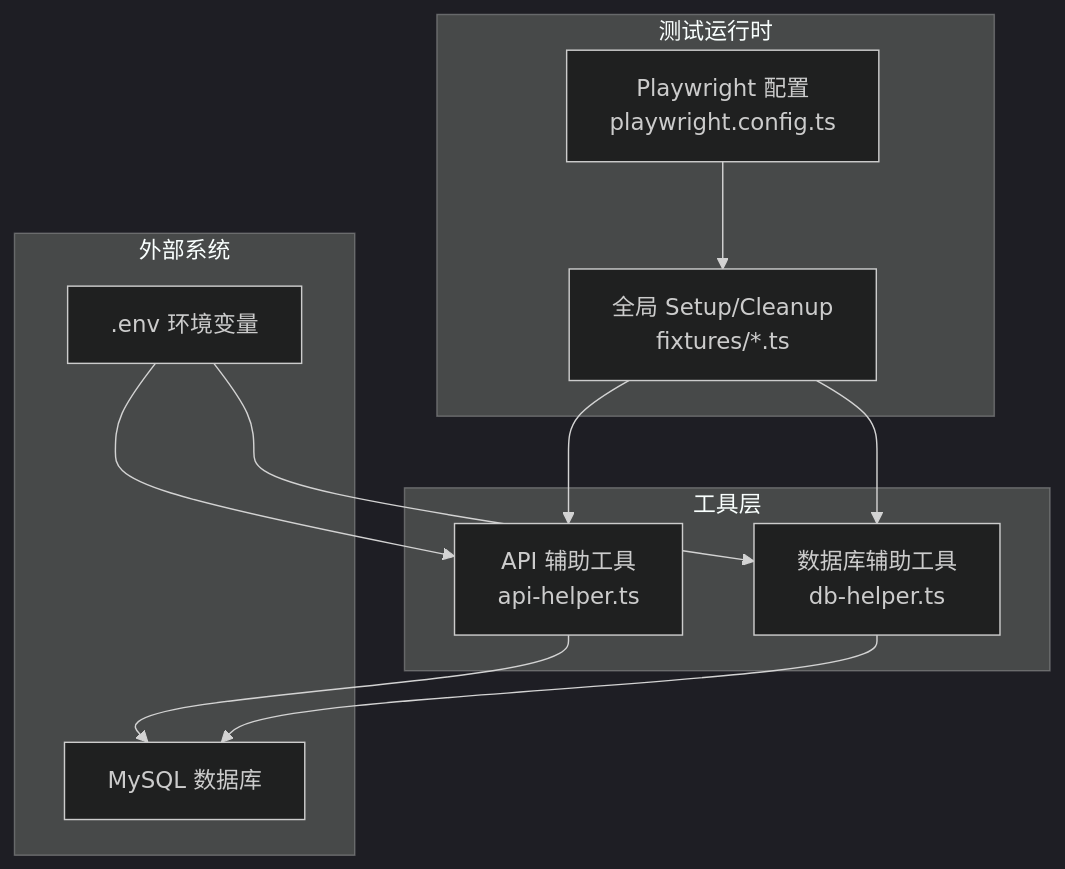
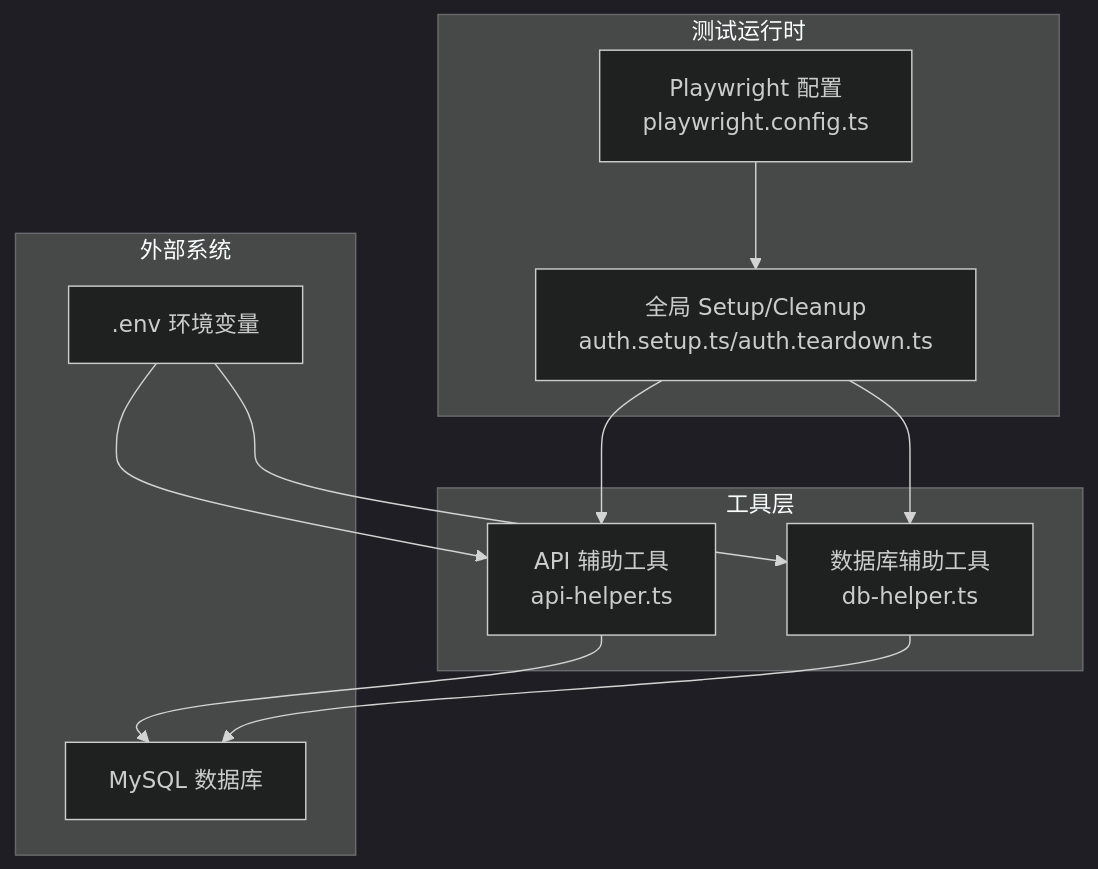
One commit to zzgoviziwind/--playwright changed the first of 6 diagrams in .qoder/repowiki/zh/content/API辅助工具/数据库辅助工具.md. Above: the diagram before and after it, drawn with Mermaid (dark theme). The commit also changed other lines of this file and 112 other files, not shown here.

````diff
--- a/.qoder/repowiki/zh/content/API辅助工具/数据库辅助工具.md
+++ b/.qoder/repowiki/zh/content/API辅助工具/数据库辅助工具.md
@@ -44,22 +53,22 @@
 ```mermaid
 graph TB
 subgraph "测试运行时"
 PC["Playwright 配置<br/>playwright.config.ts"]
-SETUP["全局 Setup/Cleanup<br/>fixtures/*.ts"]
+SETUP["全局 Setup/Cleanup<br/>auth.setup.ts/auth.teardown.ts"]
 end
 subgraph "工具层"
 APIH["API 辅助工具<br/>api-helper.ts"]
 DBH["数据库辅助工具<br/>db-helper.ts"]
 end
 subgraph "外部系统"
 ENV[".env 环境变量"]
 MYSQL["MySQL 数据库"]
 end
 PC --> SETUP
 SETUP --> APIH
 SETUP --> DBH
 APIH --> MYSQL
 DBH --> MYSQL
 ENV --> APIH
 ENV --> DBH
 ```
````
